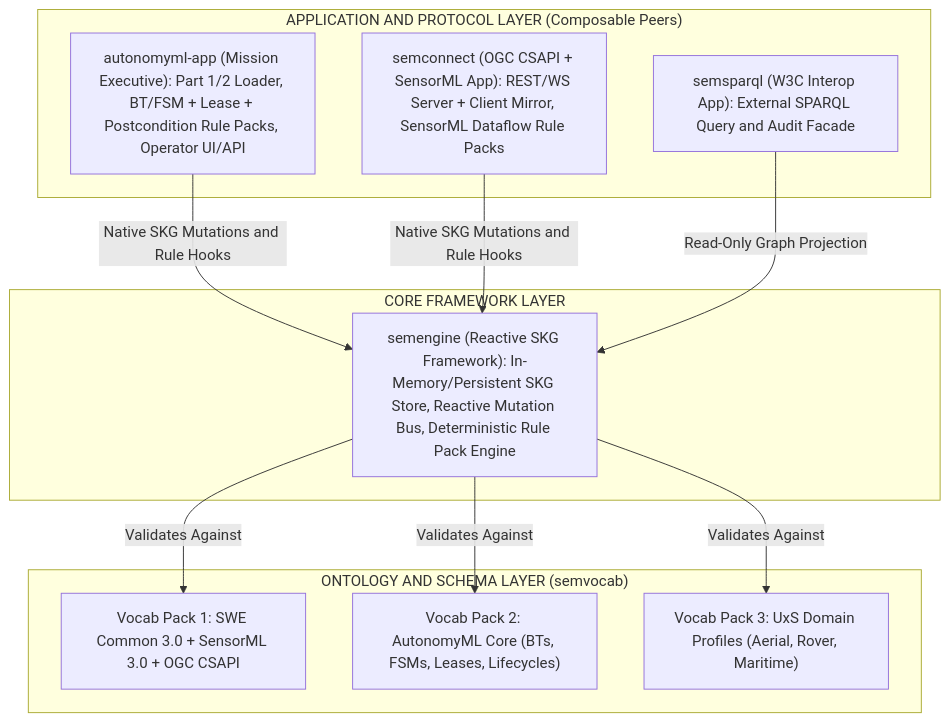
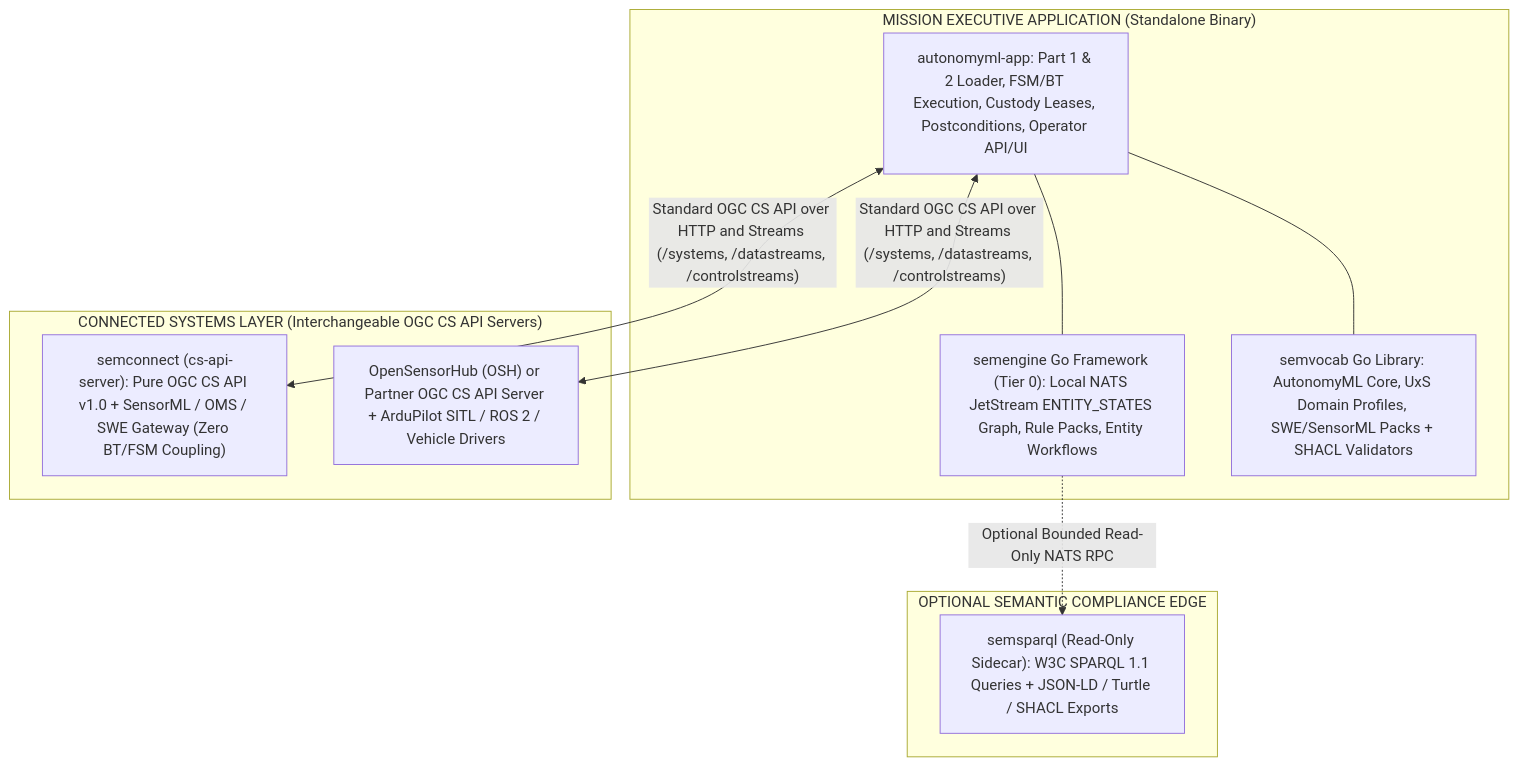
Before and after one commit to cam-s-hunt/autonomyml: the first of 4 diagrams in docs/research/reference-runtime-module-boundaries.md, drawn with Mermaid. The commit also changed other lines of this file and 1 other file, not shown here.

Commit message:
docs(research): align runtime boundaries with semengine framework and OGC CS API

````diff
--- a/docs/research/reference-runtime-module-boundaries.md
+++ b/docs/research/reference-runtime-module-boundaries.md
@@ -42,26 +47,24 @@
 ```mermaid
 flowchart TB
-    subgraph AppLayer["APPLICATION AND PROTOCOL LAYER (Composable Peers)"]
-        Exec["autonomyml-app (Mission Executive): Part 1/2 Loader, BT/FSM + Lease + Postcondition Rule Packs, Operator UI/API"]
-        Connect["semconnect (OGC CSAPI + SensorML App): REST/WS Server + Client Mirror, SensorML Dataflow Rule Packs"]
-        Sparql["semsparql (W3C Interop App): External SPARQL Query and Audit Facade"]
+    subgraph MissionLayer["MISSION EXECUTIVE APPLICATION (Standalone Binary)"]
+        App["autonomyml-app: Part 1 & 2 Loader, FSM/BT Execution, Custody Leases, Postconditions, Operator API/UI"]
+        AppSE["semengine Go Framework (Tier 0): Local NATS JetStream ENTITY_STATES Graph, Rule Packs, Entity Workflows"]
+        AppSV["semvocab Go Library: AutonomyML Core, UxS Domain Profiles, SWE/SensorML Packs + SHACL Validators"]
+
+        App --- AppSE
+        App --- AppSV
     end
 
-    subgraph FrameworkLayer["CORE FRAMEWORK LAYER"]
-        Engine["semengine (Reactive SKG Framework): In-Memory/Persistent SKG Store, Reactive Mutation Bus, Deterministic Rule Pack Engine"]
+    subgraph CSAPILayer["CONNECTED SYSTEMS LAYER (Interchangeable OGC CS API Servers)"]
+        SC["semconnect (cs-api-server): Pure OGC CS API v1.0 + SensorML / OMS / SWE Gateway (Zero BT/FSM Coupling)"]
+        OSH["OpenSensorHub (OSH) or Partner OGC CS API Server + ArduPilot SITL / ROS 2 / Vehicle Drivers"]
     end
 
-    subgraph VocabLayer["ONTOLOGY AND SCHEMA LAYER (semvocab)"]
-        VP1["Vocab Pack 1: SWE Common 3.0 + SensorML 3.0 + OGC CSAPI"]
-        VP2["Vocab Pack 2: AutonomyML Core (BTs, FSMs, Leases, Lifecycles)"]
-        VP3["Vocab Pack 3: UxS Domain Profiles (Aerial, Rover, Maritime)"]
+    subgraph OptionalEdge["OPTIONAL SEMANTIC COMPLIANCE EDGE"]
+        Sparql["semsparql (Read-Only Sidecar): W3C SPARQL 1.1 Queries + JSON-LD / Turtle / SHACL Exports"]
     end
 
-    Exec -->|"Native SKG Mutations and Rule Hooks"| Engine
-    Connect -->|"Native SKG Mutations and Rule Hooks"| Engine
-    Sparql -->|"Read-Only Graph Projection"| Engine
-
-    Engine -->|"Validates Against"| VP1
-    Engine -->|"Validates Against"| VP2
-    Engine -->|"Validates Against"| VP3
+    App <-->|"Standard OGC CS API over HTTP and Streams (/systems, /datastreams, /controlstreams)"| SC
+    App <-->|"Standard OGC CS API over HTTP and Streams (/systems, /datastreams, /controlstreams)"| OSH
+    AppSE -.->|"Optional Bounded Read-Only NATS RPC"| Sparql
 ```
````
